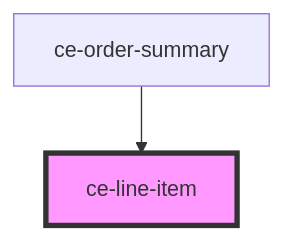
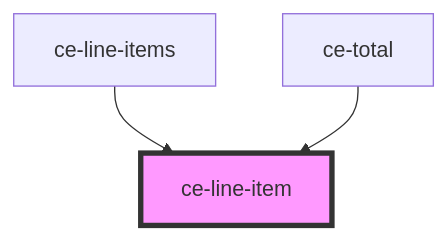
The diagram in packages/components/docs/components/ui/line-item/readme.md (surecart/surecart-wp-plugin), drawn with Mermaid before and after one commit. The commit also changed other lines of this file and 19 other files, not shown here.

````diff
--- a/packages/components/docs/components/ui/line-item/readme.md
+++ b/packages/components/docs/components/ui/line-item/readme.md
@@ -32,5 +34,6 @@
 ```mermaid
 graph TD;
-  ce-order-summary --> ce-line-item
+  ce-line-items --> ce-line-item
+  ce-total --> ce-line-item
   style ce-line-item fill:#f9f,stroke:#333,stroke-width:4px
 ```
````
